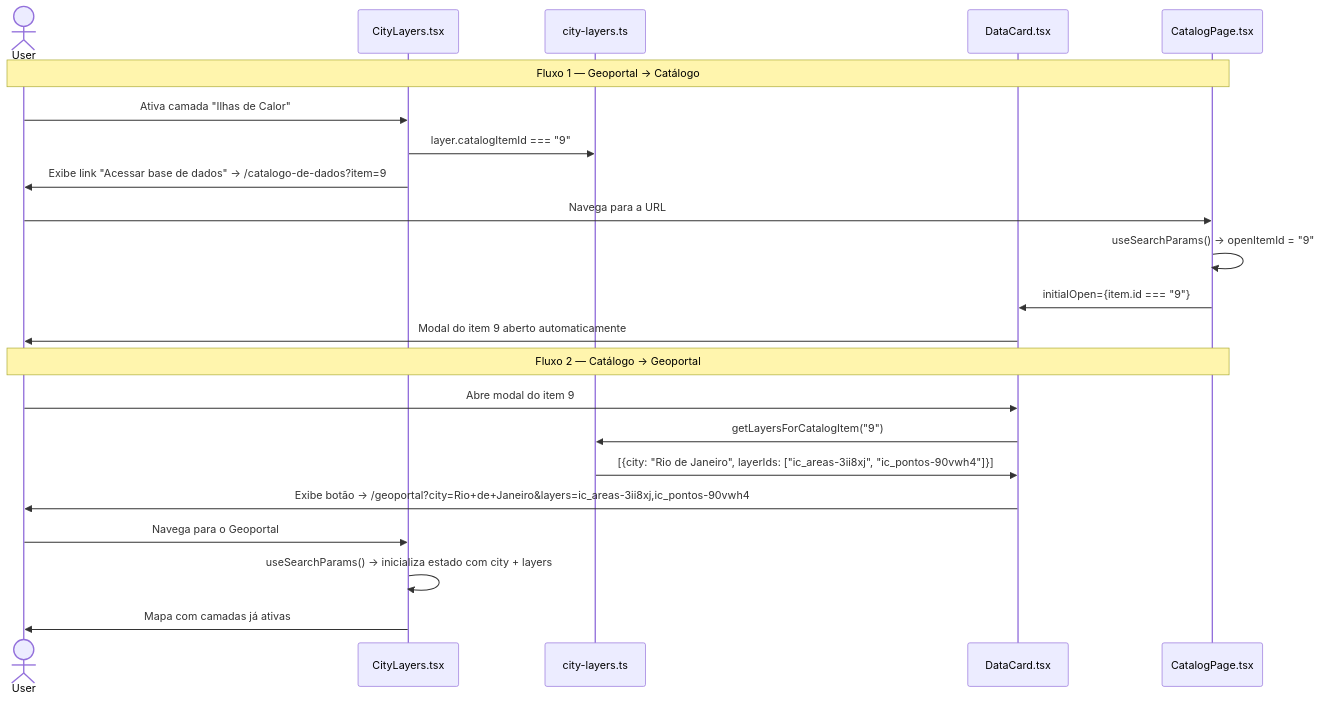
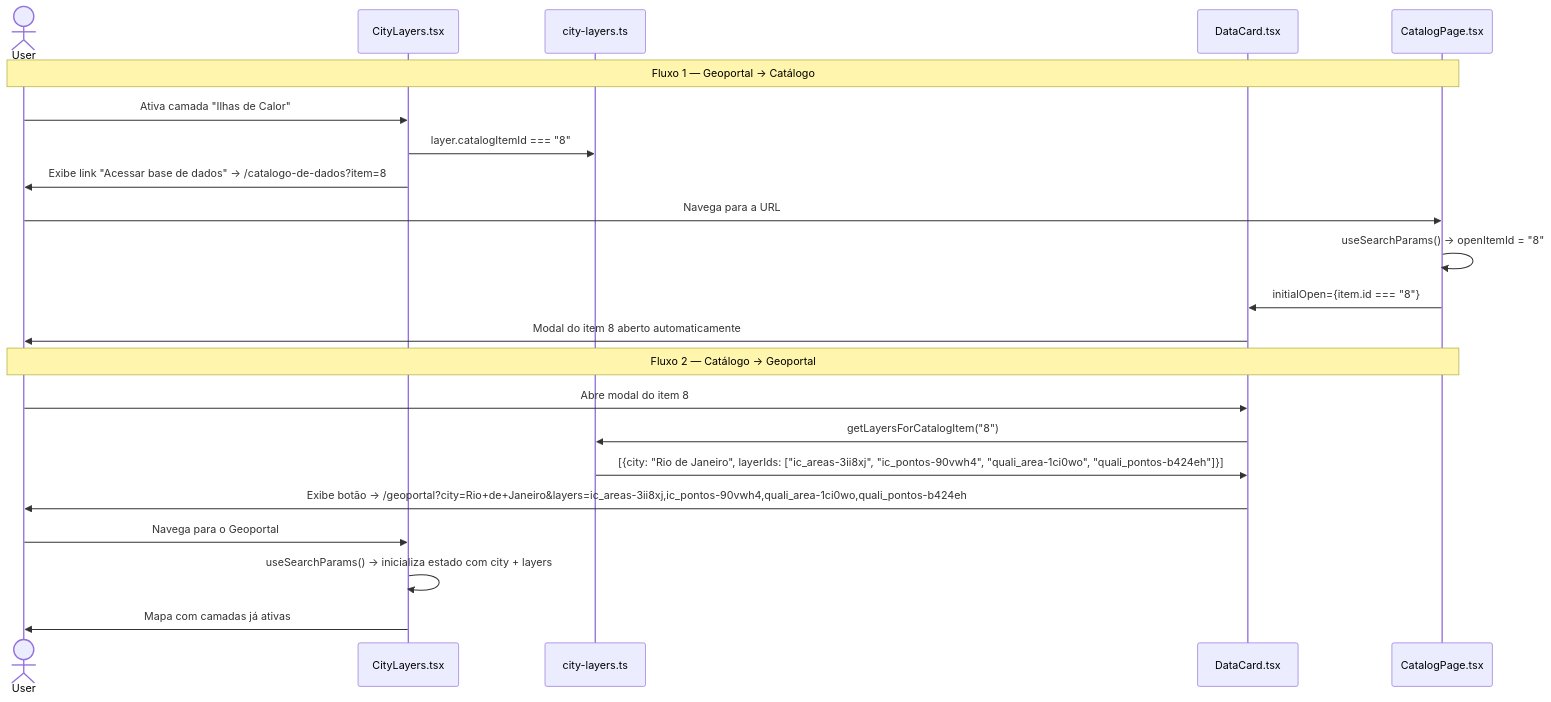
Before and after one commit to portalcidados/portal-cidados: the second of 2 diagrams in docs/CATALOG_GEOPORTAL_INTEGRATION.md, drawn with Mermaid. The commit also changed other lines of this file and 4 other files, not shown here.

Commit message:
refactor: update catalog data for Rio de Janeiro and São Paulo layers, adjusting catalog item IDs and descriptions for improved accuracy and consistency across documentation

````diff
--- a/docs/CATALOG_GEOPORTAL_INTEGRATION.md
+++ b/docs/CATALOG_GEOPORTAL_INTEGRATION.md
@@ -139,26 +139,26 @@
 ```mermaid
 sequenceDiagram
     actor User
     participant CL as CityLayers.tsx
     participant CLT as city-layers.ts
     participant DP as DataCard.tsx
     participant CP as CatalogPage.tsx
 
     Note over User,CP: Fluxo 1 — Geoportal → Catálogo
     User->>CL: Ativa camada "Ilhas de Calor"
-    CL->>CLT: layer.catalogItemId === "9"
-    CL->>User: Exibe link "Acessar base de dados" → /catalogo-de-dados?item=9
+    CL->>CLT: layer.catalogItemId === "8"
+    CL->>User: Exibe link "Acessar base de dados" → /catalogo-de-dados?item=8
     User->>CP: Navega para a URL
-    CP->>CP: useSearchParams() → openItemId = "9"
-    CP->>DP: initialOpen={item.id === "9"}
-    DP->>User: Modal do item 9 aberto automaticamente
+    CP->>CP: useSearchParams() → openItemId = "8"
+    CP->>DP: initialOpen={item.id === "8"}
+    DP->>User: Modal do item 8 aberto automaticamente
 
     Note over User,CP: Fluxo 2 — Catálogo → Geoportal
-    User->>DP: Abre modal do item 9
-    DP->>CLT: getLayersForCatalogItem("9")
-    CLT->>DP: [{city: "Rio de Janeiro", layerIds: ["ic_areas-3ii8xj", "ic_pontos-90vwh4"]}]
-    DP->>User: Exibe botão → /geoportal?city=Rio+de+Janeiro&layers=ic_areas-3ii8xj,ic_pontos-90vwh4
+    User->>DP: Abre modal do item 8
+    DP->>CLT: getLayersForCatalogItem("8")
+    CLT->>DP: [{city: "Rio de Janeiro", layerIds: ["ic_areas-3ii8xj", "ic_pontos-90vwh4", "quali_area-1ci0wo", "quali_pontos-b424eh"]}]
+    DP->>User: Exibe botão → /geoportal?city=Rio+de+Janeiro&layers=ic_areas-3ii8xj,ic_pontos-90vwh4,quali_area-1ci0wo,quali_pontos-b424eh
     User->>CL: Navega para o Geoportal
     CL->>CL: useSearchParams() → inicializa estado com city + layers
     CL->>User: Mapa com camadas já ativas
 ```
````
